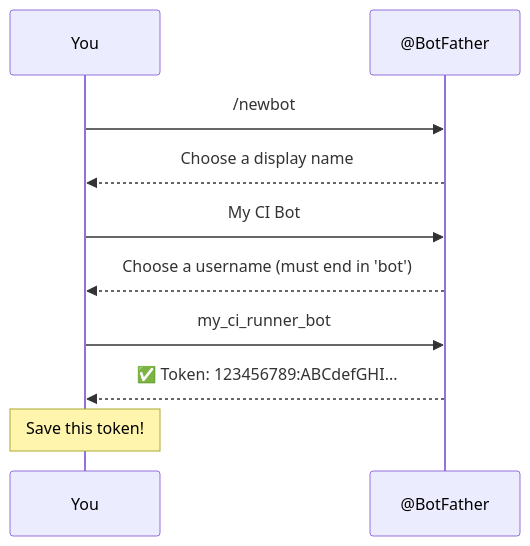
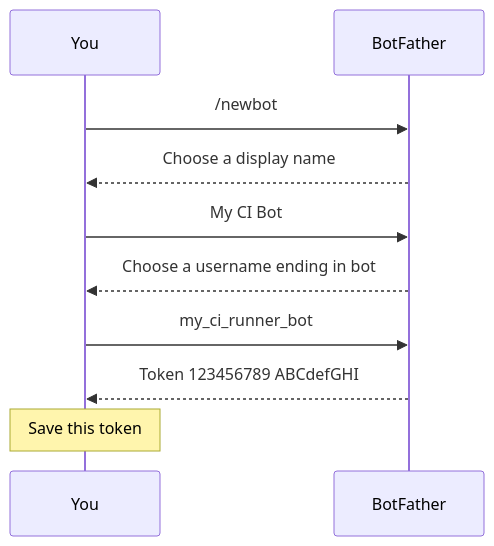
The first of 11 diagrams in README.md (geekychris/telegram_runner), drawn with Mermaid before and after one commit. The commit also changed other lines of this file, not shown here.

First line of the commit message:
Fix all Mermaid diagrams for GitHub rendering

````diff
--- a/README.md
+++ b/README.md
@@ -67,13 +67,13 @@
 ```mermaid
 sequenceDiagram
     participant You
-    participant BotFather as @BotFather
+    participant BF as BotFather
 
-    You->>BotFather: /newbot
-    BotFather-->>You: Choose a display name
-    You->>BotFather: My CI Bot
-    BotFather-->>You: Choose a username (must end in 'bot')
-    You->>BotFather: my_ci_runner_bot
-    BotFather-->>You: ✅ Token: 123456789:ABCdefGHI...
-    Note over You: Save this token!
+    You->>BF: /newbot
+    BF-->>You: Choose a display name
+    You->>BF: My CI Bot
+    BF-->>You: Choose a username ending in bot
+    You->>BF: my_ci_runner_bot
+    BF-->>You: Token 123456789 ABCdefGHI
+    Note over You: Save this token
 ```
````
